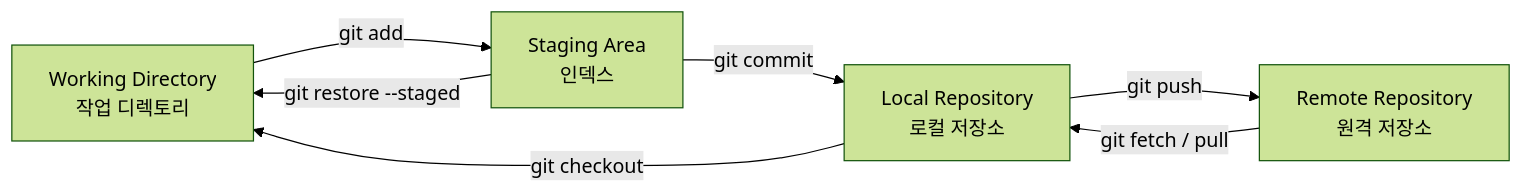
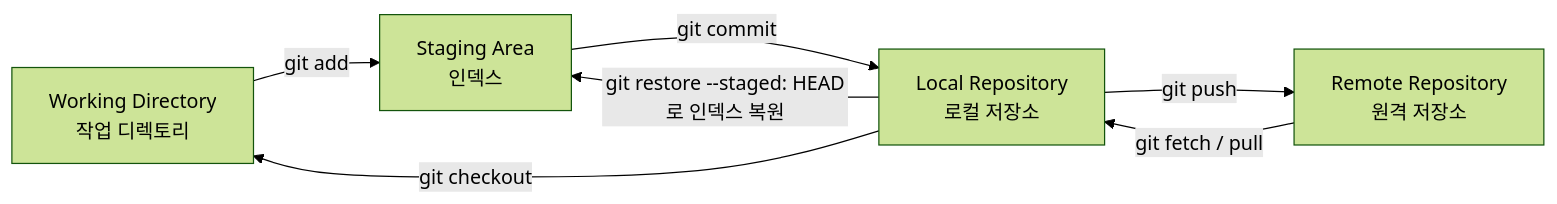
The first of 11 diagrams in git.md (Rein-ArXiv/game-dev-curriculum), drawn with Mermaid (forest theme) before and after one commit. The commit also changed other lines of this file and 231 other files, not shown here.

````diff
--- a/git.md
+++ b/git.md
@@ -32,9 +32,9 @@
 ```mermaid
 flowchart LR
     A[Working Directory<br/>작업 디렉토리] -->|git add| B[Staging Area<br/>인덱스]
     B -->|git commit| C[Local Repository<br/>로컬 저장소]
     C -->|git push| D[Remote Repository<br/>원격 저장소]
     D -->|git fetch / pull| C
     C -->|git checkout| A
-    B -->|git restore --staged| A
+    C -->|git restore --staged: HEAD로 인덱스 복원| B
 ```
````
